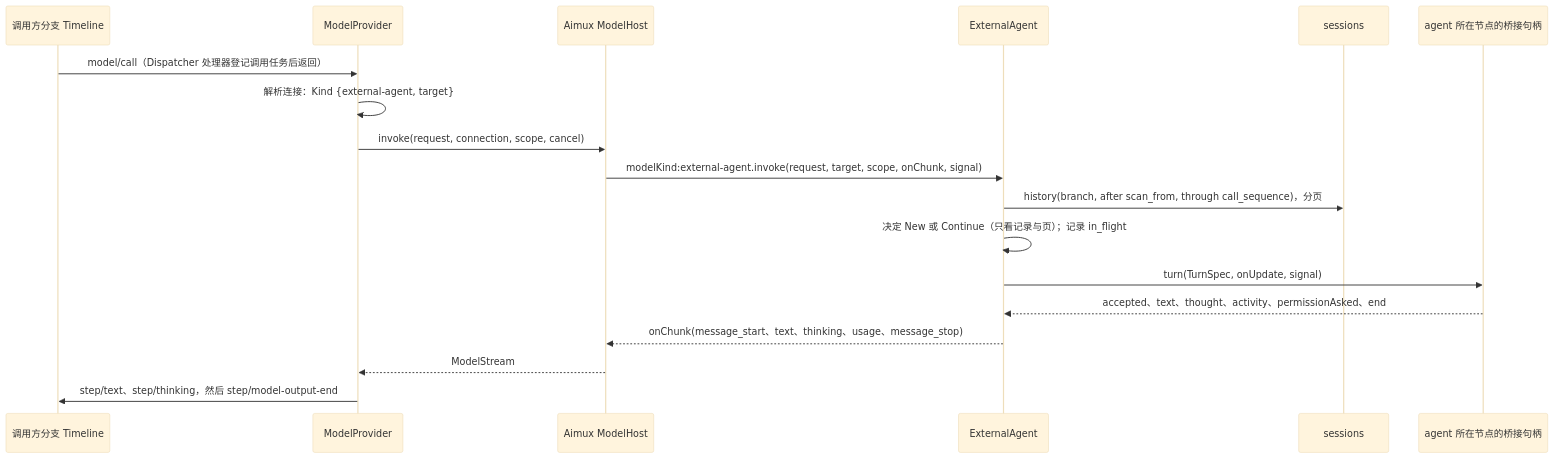
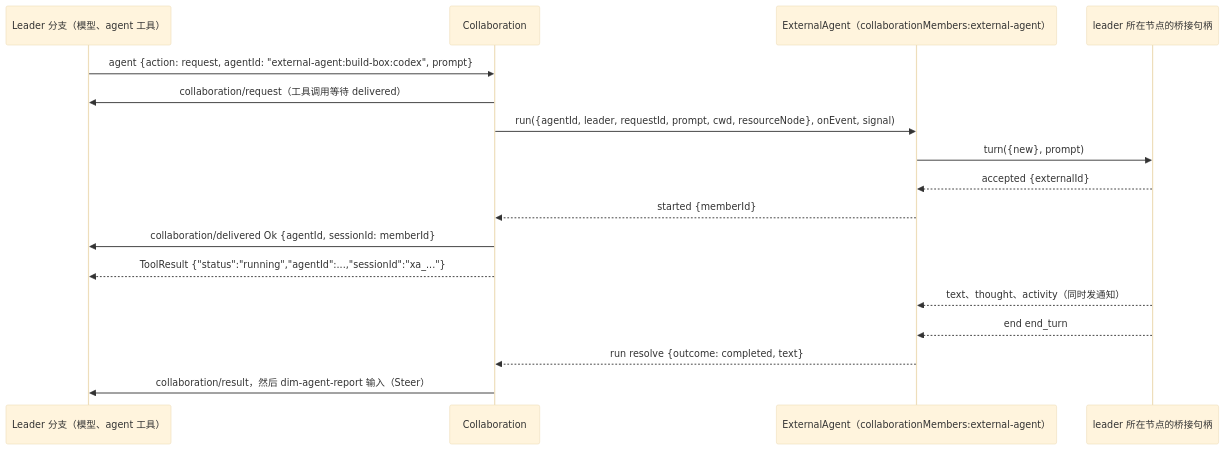
The second of 3 diagrams in docs/zh/design/plugins/ExternalAgent.md (CoutinhoTTS/dim-agent), drawn with Mermaid (base theme) before and after one commit. The commit also changed other lines of this file and 16 other files, not shown here.

First line of the commit message:
docs(external-agent): redesign external agents as Collaboration sub-agents

````diff
--- a/docs/zh/design/plugins/ExternalAgent.md
+++ b/docs/zh/design/plugins/ExternalAgent.md
@@ -183,20 +111,19 @@
 ```mermaid
 sequenceDiagram
-  participant TL as 调用方分支 Timeline
-  participant MP as ModelProvider
-  participant MH as Aimux ModelHost
-  participant EA as ExternalAgent
-  participant SA as sessions
-  participant BR as agent 所在节点的桥接句柄
-  TL->>MP: model/call（Dispatcher 处理器登记调用任务后返回）
-  MP->>MP: 解析连接：Kind {external-agent, target}
-  MP->>MH: invoke(request, connection, scope, cancel)
-  MH->>EA: modelKind:external-agent.invoke(request, target, scope, onChunk, signal)
-  EA->>SA: history(branch, after scan_from, through call_sequence)，分页
-  EA->>EA: 决定 New 或 Continue（只看记录与页）；记录 in_flight
-  EA->>BR: turn(TurnSpec, onUpdate, signal)
-  BR-->>EA: accepted、text、thought、activity、permissionAsked、end
-  EA-->>MH: onChunk(message_start、text、thinking、usage、message_stop)
-  MH-->>MP: ModelStream
-  MP->>TL: step/text、step/thinking，然后 step/model-output-end
+  participant L as Leader 分支（模型、agent 工具）
+  participant C as Collaboration
+  participant X as ExternalAgent（collaborationMembers:external-agent）
+  participant B as leader 所在节点的桥接句柄
+  L->>C: agent {action: request, agentId: "external-agent:build-box:codex", prompt}
+  C->>L: collaboration/request（工具调用等待 delivered）
+  C->>X: run({agentId, leader, requestId, prompt, cwd, resourceNode}, onEvent, signal)
+  X->>B: turn({new}, prompt)
+  B-->>X: accepted {externalId}
+  X-->>C: started {memberId}
+  C->>L: collaboration/delivered Ok {agentId, sessionId: memberId}
+  C-->>L: ToolResult {"status":"running","agentId":...,"sessionId":"xa_..."}
+  B-->>X: text、thought、activity（同时发通知）
+  B-->>X: end end_turn
+  X-->>C: run resolve {outcome: completed, text}
+  C->>L: collaboration/result，然后 dim-agent-report 输入（Steer）
 ```
````
